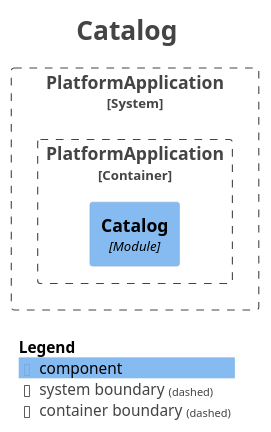
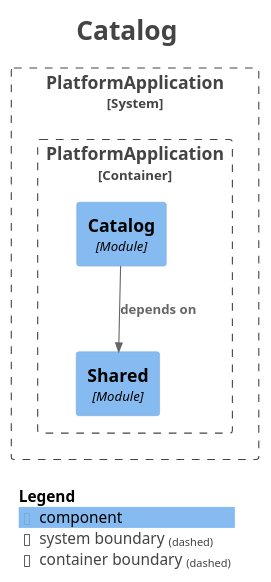
Before and after one commit to Asiman77/HistoryAsAGame: the diagram in docs/modules/module-catalog.puml, drawn with PlantUML. The commit also changed 20 other files, not shown here.

```diff
--- a/docs/modules/module-catalog.puml
+++ b/docs/modules/module-catalog.puml
@@ -1,27 +1,30 @@
 @startuml
 title <size:24>Catalog</size>
 
 set separator none
 top to bottom direction
 
 <style>
   root {
     BackgroundColor: #ffffff
     FontColor: #444444
   }
 </style>
 
 !include <C4/C4>
 !include <C4/C4_Context>
 !include <C4/C4_Component>
 
 System_Boundary("PlatformApplication_boundary", "PlatformApplication", $tags="") {
   Container_Boundary("PlatformApplication.PlatformApplication_boundary", "PlatformApplication", $tags="") {
+    Component(PlatformApplication.PlatformApplication.Shared, "Shared", $techn="Module", $descr="", $tags="", $link="")
     Component(PlatformApplication.PlatformApplication.Catalog, "Catalog", $techn="Module", $descr="", $tags="", $link="")
   }
 
 }
 
+Rel(PlatformApplication.PlatformApplication.Catalog, PlatformApplication.PlatformApplication.Shared, "depends on", $techn="", $tags="", $link="")
+
 SHOW_LEGEND(true)
 hide stereotypes
 @enduml
```
